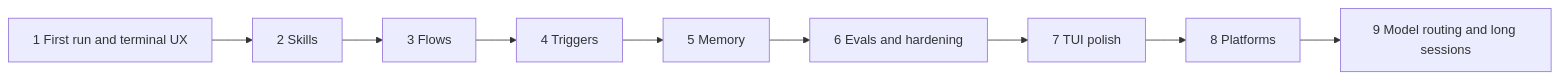
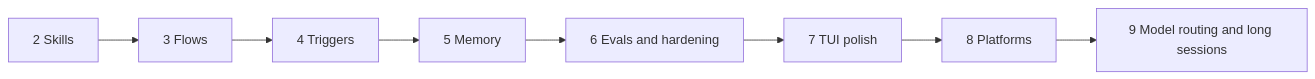
The first of 3 diagrams in docs/plan.md (MilanPavel/golem), drawn with Mermaid before and after one commit. The commit also changed other lines of this file and 6 other files, not shown here.

````diff
--- a/docs/plan.md
+++ b/docs/plan.md
@@ -27,4 +26,4 @@
 ```mermaid
 flowchart LR
-  p1[1 First run and terminal UX] --> p2[2 Skills] --> p3[3 Flows] --> p4[4 Triggers] --> p5[5 Memory] --> p6[6 Evals and hardening] --> p7[7 TUI polish] --> p8[8 Platforms] --> p9[9 Model routing and long sessions]
+  p2[2 Skills] --> p3[3 Flows] --> p4[4 Triggers] --> p5[5 Memory] --> p6[6 Evals and hardening] --> p7[7 TUI polish] --> p8[8 Platforms] --> p9[9 Model routing and long sessions]
 ```
````
